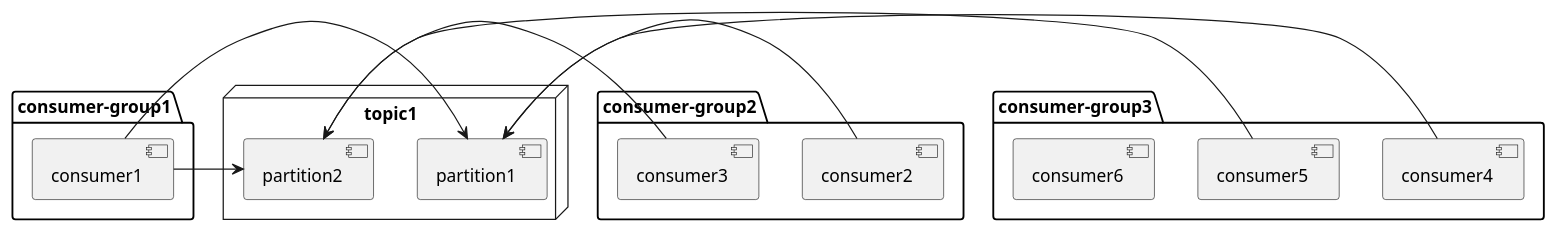
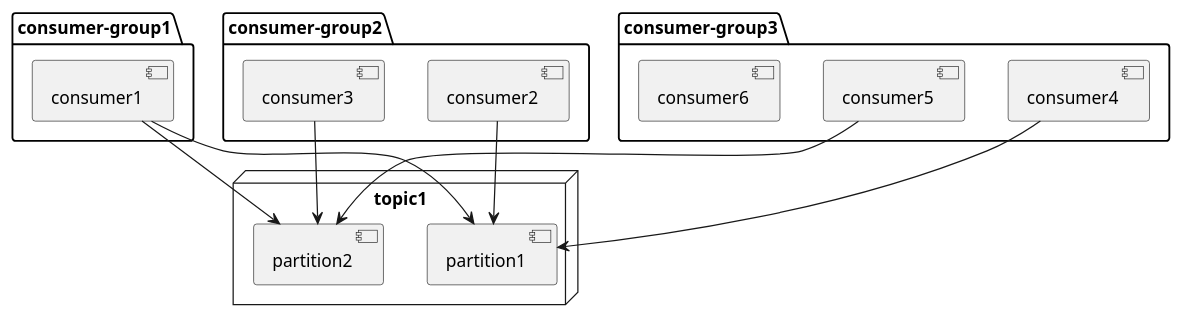
One commit to Wang-Ray/Wang-Ray.github.io changed the diagram in assets/plantuml/kafka-partition-consumer.md. Above: the diagram before and after it, drawn with PlantUML. The commit also changed 2 other files, not shown here.

Commit message:
alter line style

````diff
--- a/assets/plantuml/kafka-partition-consumer.md
+++ b/assets/plantuml/kafka-partition-consumer.md
@@ -1,33 +1,33 @@
 ```plantuml
 @startuml
 node topic1 {
     component partition1
     component partition2
 }
 
 package consumer-group1 {
     component consumer1
 }
 
 package consumer-group2 {
     component consumer2
     component consumer3
 }
 
 package consumer-group3 {
     component consumer4
     component consumer5
     component consumer6
 }
 
-consumer1 -> partition1
-consumer1 -> partition2
+consumer1 --> partition1
+consumer1 --> partition2
 
-consumer2 -> partition1
-consumer3 -> partition2
+consumer2 --> partition1
+consumer3 --> partition2
 
-consumer4 -> partition1
-consumer5 -> partition2
+consumer4 --> partition1
+consumer5 --> partition2
 
 @enduml
 ```
````
